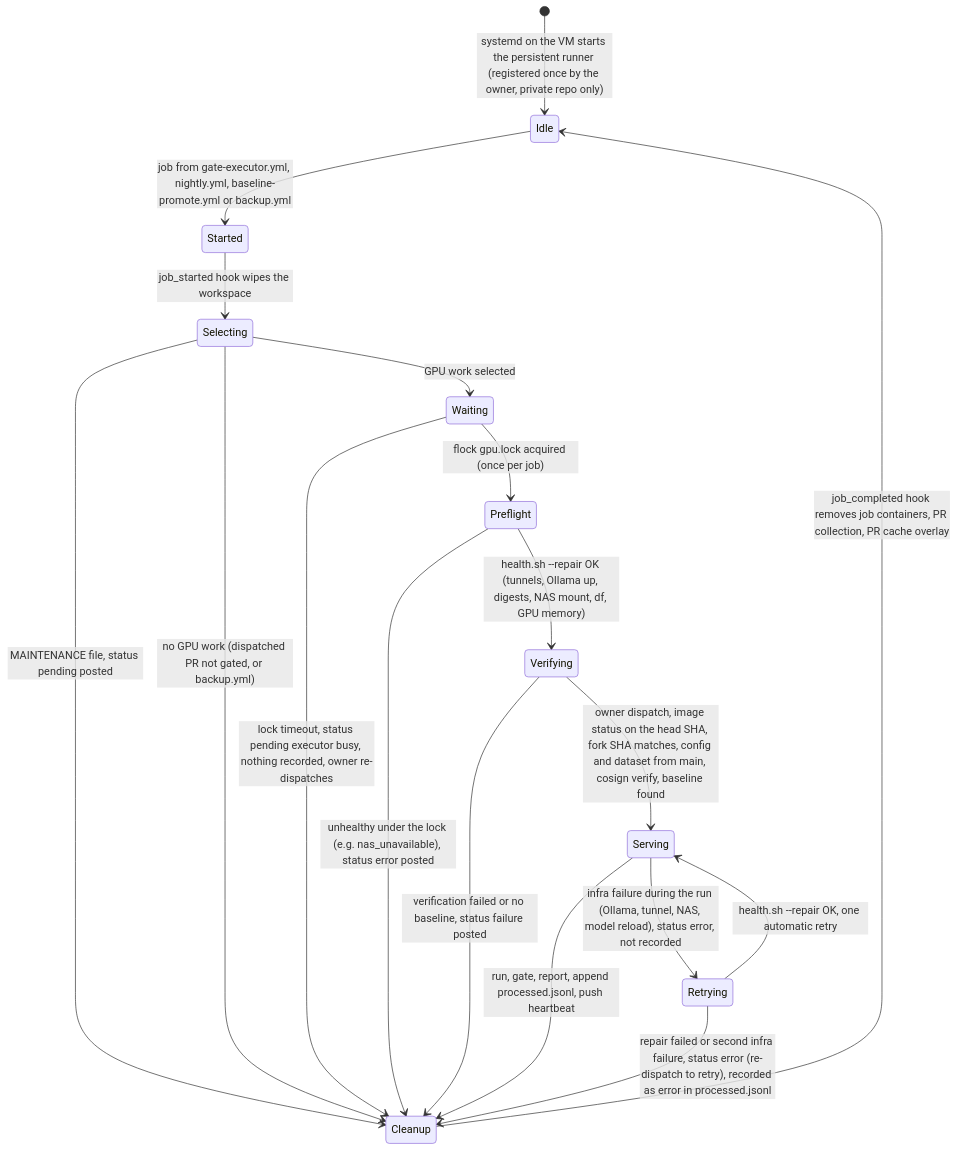
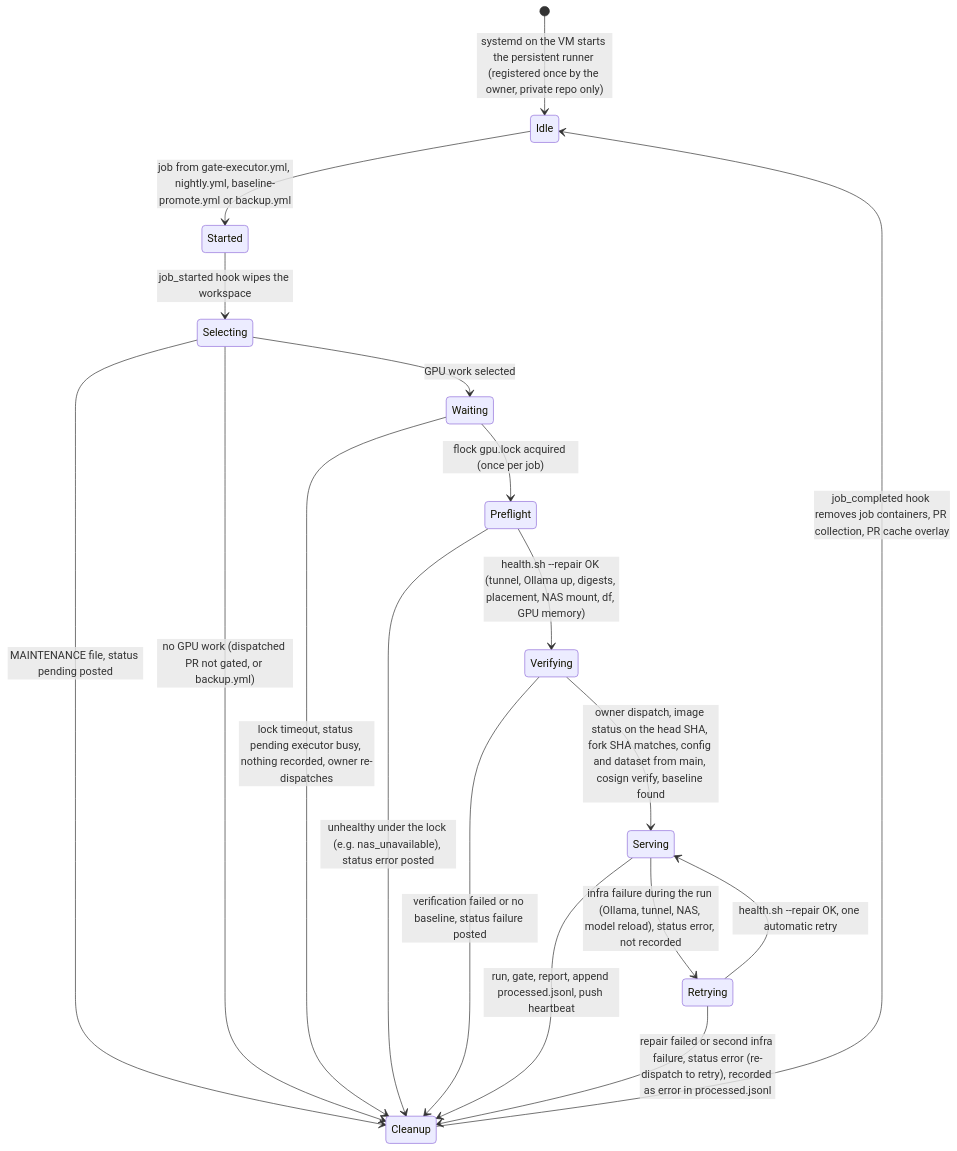
One commit to dheena18/pruefstand changed the fourth of 5 diagrams in docs/architecture/deployment.md. Above: the diagram before and after it, drawn with Mermaid. The commit also changed other lines of this file and 44 other files, not shown here.

````diff
--- a/docs/architecture/deployment.md
+++ b/docs/architecture/deployment.md
@@ -215,20 +212,20 @@
 ```mermaid
 stateDiagram-v2
     [*] --> Idle: systemd on the VM starts the persistent runner (registered once by the owner, private repo only)
     Idle --> Started: job from gate-executor.yml, nightly.yml, baseline-promote.yml or backup.yml
     Started --> Selecting: job_started hook wipes the workspace
     Selecting --> Cleanup: MAINTENANCE file, status pending posted
     Selecting --> Cleanup: no GPU work (dispatched PR not gated, or backup.yml)
     Selecting --> Waiting: GPU work selected
     Waiting --> Preflight: flock gpu.lock acquired (once per job)
     Waiting --> Cleanup: lock timeout, status pending executor busy, nothing recorded, owner re-dispatches
-    Preflight --> Verifying: health.sh --repair OK (tunnels, Ollama up, digests, NAS mount, df, GPU memory)
+    Preflight --> Verifying: health.sh --repair OK (tunnel, Ollama up, digests, placement, NAS mount, df, GPU memory)
     Preflight --> Cleanup: unhealthy under the lock (e.g. nas_unavailable), status error posted
     Verifying --> Serving: owner dispatch, image status on the head SHA, fork SHA matches, config and dataset from main, cosign verify, baseline found
     Verifying --> Cleanup: verification failed or no baseline, status failure posted
     Serving --> Cleanup: run, gate, report, append processed.jsonl, push heartbeat
     Serving --> Retrying: infra failure during the run (Ollama, tunnel, NAS, model reload), status error, not recorded
     Retrying --> Serving: health.sh --repair OK, one automatic retry
     Retrying --> Cleanup: repair failed or second infra failure, status error (re-dispatch to retry), recorded as error in processed.jsonl
     Cleanup --> Idle: job_completed hook removes job containers, PR collection, PR cache overlay
 ```
````
